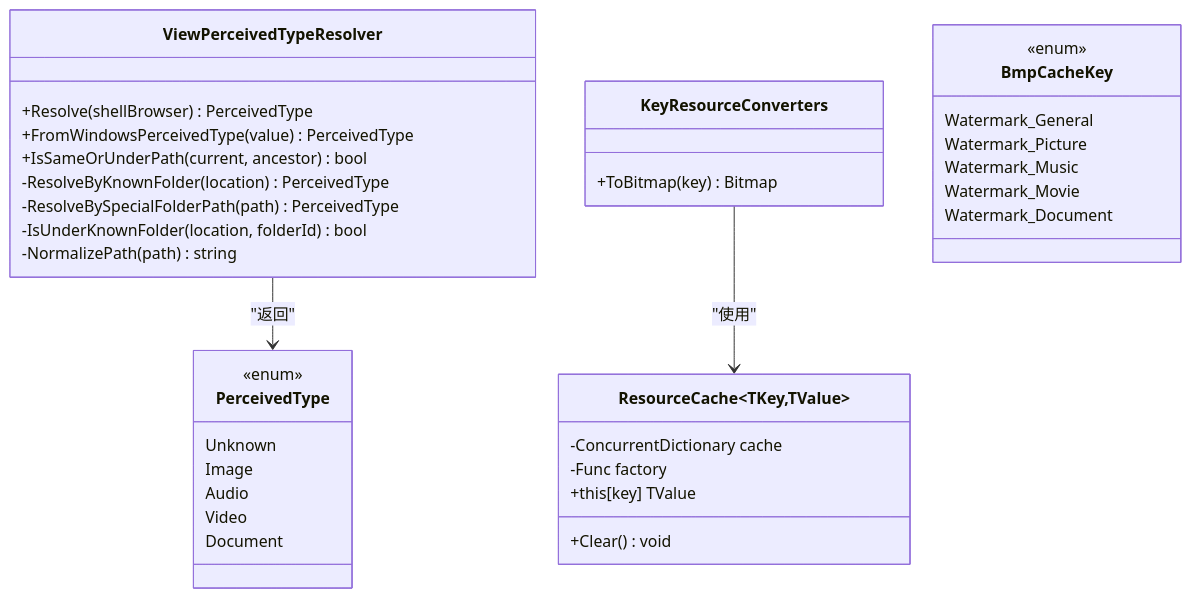
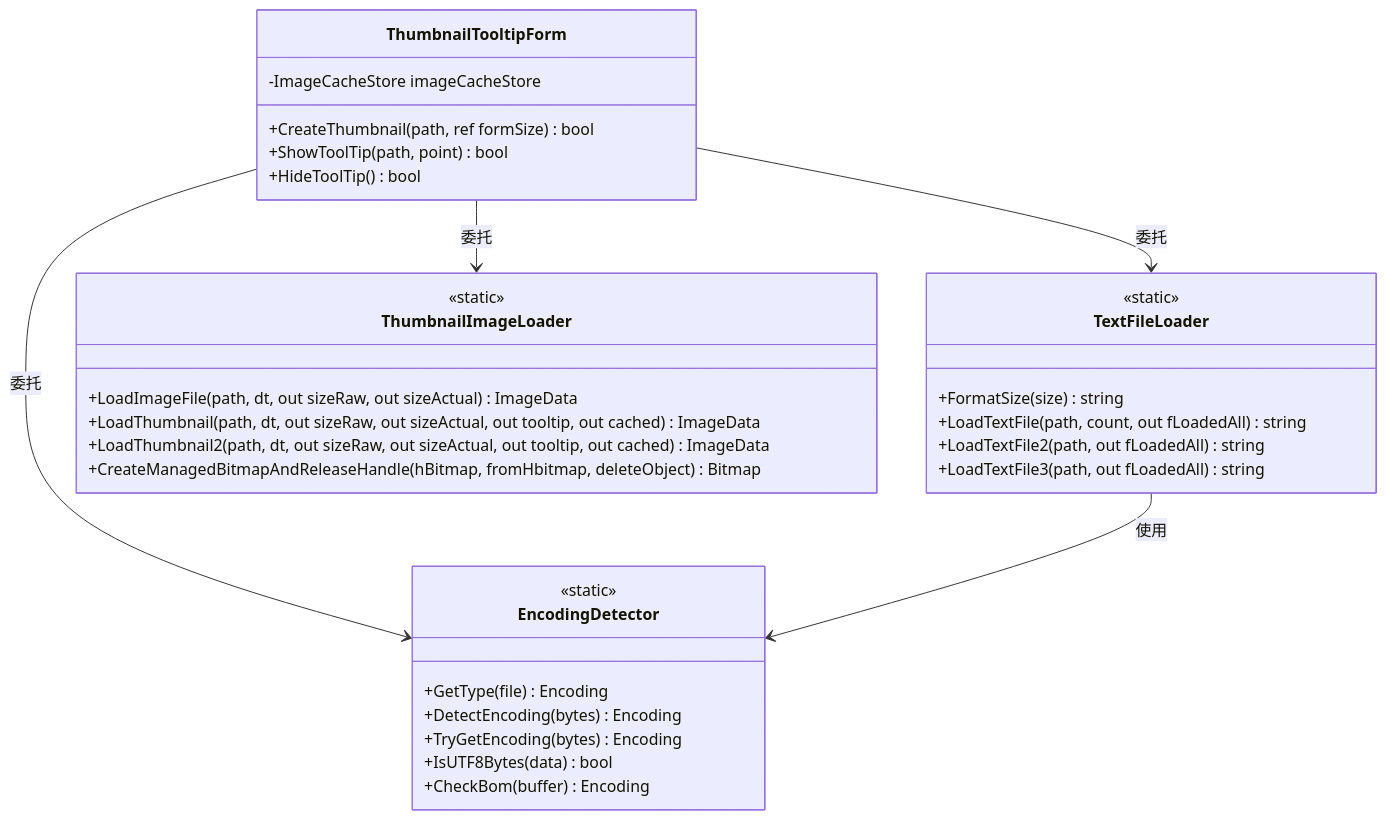
Before and after one commit to rainiva/QTTabBar-Next: the third of 4 diagrams in .qoder/repowiki/zh/content/核心功能/预览系统.md, drawn with Mermaid. The commit also changed other lines of this file and 415 other files, not shown here.

````diff
--- a/.qoder/repowiki/zh/content/核心功能/预览系统.md
+++ b/.qoder/repowiki/zh/content/核心功能/预览系统.md
@@ -263,39 +222,35 @@
 ```mermaid
 classDiagram
-class ViewPerceivedTypeResolver {
-+Resolve(shellBrowser) PerceivedType
-+FromWindowsPerceivedType(value) PerceivedType
-+IsSameOrUnderPath(current, ancestor) bool
--ResolveByKnownFolder(location) PerceivedType
--ResolveBySpecialFolderPath(path) PerceivedType
--IsUnderKnownFolder(location, folderId) bool
--NormalizePath(path) string
+class ThumbnailTooltipForm {
++CreateThumbnail(path, ref formSize) bool
++ShowToolTip(path, point) bool
++HideToolTip() bool
+-ImageCacheStore imageCacheStore
 }
-class KeyResourceConverters {
-+ToBitmap(key) Bitmap
+class TextFileLoader {
+<<static>>
++FormatSize(size) string
++LoadTextFile(path, count, out fLoadedAll) string
++LoadTextFile2(path, out fLoadedAll) string
++LoadTextFile3(path, out fLoadedAll) string
 }
-class ResourceCache~TKey,TValue~ {
--ConcurrentDictionary cache
--Func factory
-+this[key] TValue
-+Clear() void
+class EncodingDetector {
+<<static>>
++GetType(file) Encoding
++DetectEncoding(bytes) Encoding
++TryGetEncoding(bytes) Encoding
++IsUTF8Bytes(data) bool
++CheckBom(buffer) Encoding
 }
-class BmpCacheKey {
-<<enum>>
-Watermark_General
-Watermark_Picture
-Watermark_Music
-Watermark_Movie
-Watermark_Document
+class ThumbnailImageLoader {
+<<static>>
++LoadImageFile(path, dt, out sizeRaw, out sizeActual) ImageData
++LoadThumbnail(path, dt, out sizeRaw, out sizeActual, out tooltip, out cached) ImageData
++LoadThumbnail2(path, dt, out sizeRaw, out sizeActual, out tooltip, out cached) ImageData
++CreateManagedBitmapAndReleaseHandle(hBitmap, fromHbitmap, deleteObject) Bitmap
 }
-class PerceivedType {
-<<enum>>
-Unknown
-Image
-Audio
-Video
-Document
-}
-KeyResourceConverters --> ResourceCache : "使用"
-ViewPerceivedTypeResolver --> PerceivedType : "返回"
+ThumbnailTooltipForm --> TextFileLoader : 委托
+ThumbnailTooltipForm --> EncodingDetector : 委托
+ThumbnailTooltipForm --> ThumbnailImageLoader : 委托
+TextFileLoader --> EncodingDetector : 使用
 ```
````
